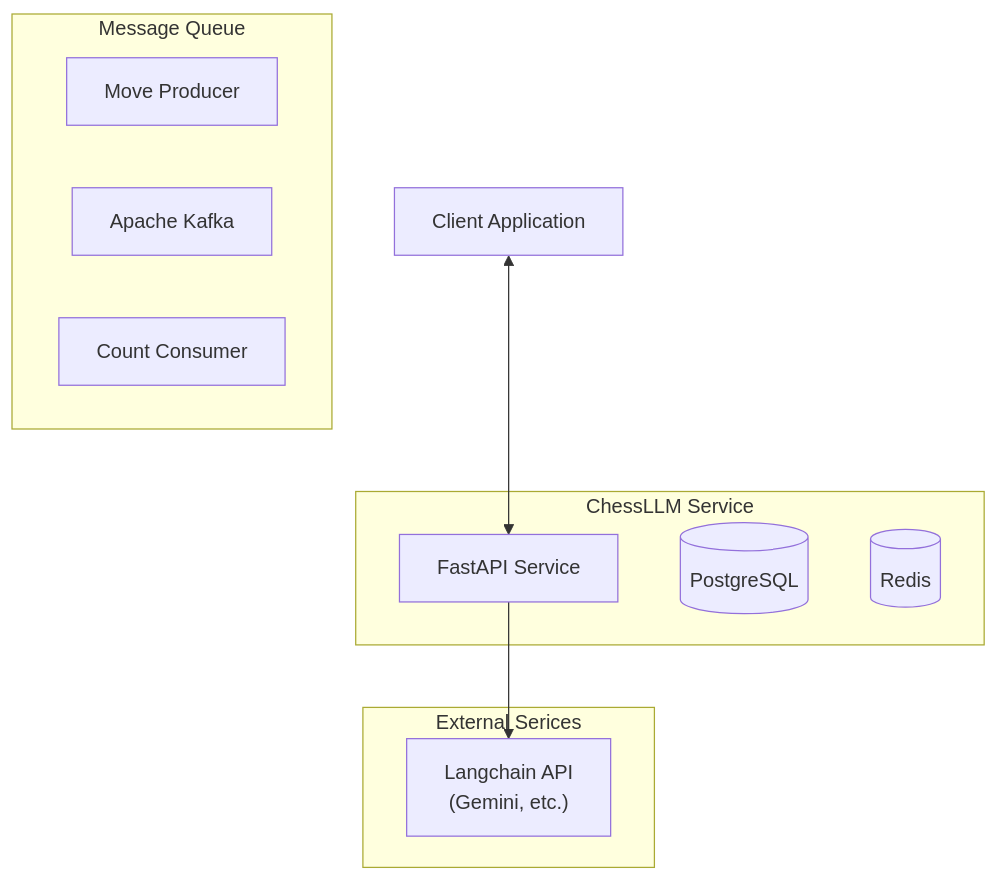
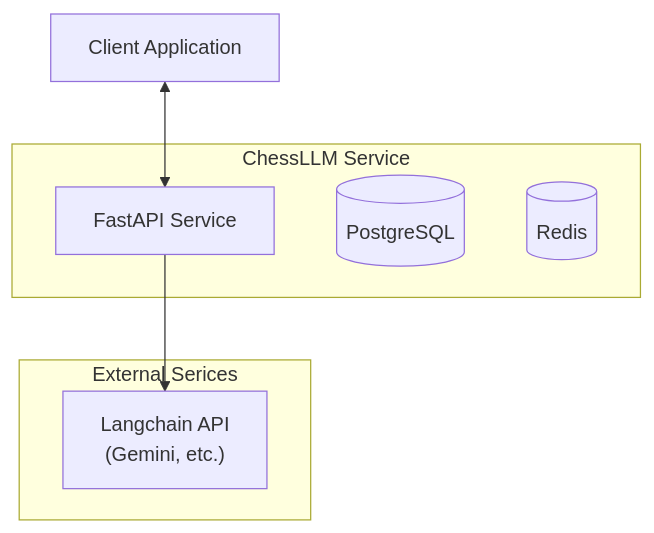
One commit to roddylan/ChessVLM-backend changed the first of 2 diagrams in docs/architecture.md. Above: the diagram before and after it, drawn with Mermaid. The commit also changed other lines of this file, not shown here.

Commit message:
updated diagrams, removed unused features

````diff
--- a/docs/architecture.md
+++ b/docs/architecture.md
@@ -3,24 +3,18 @@
 ```mermaid
 graph TB
     subgraph "ChessLLM Service"
         API["FastAPI Service"]
         db[("PostgreSQL")]
         cache[("Redis")]
     end
 
     subgraph "External Serices"
         LLM["Langchain API </br>(Gemini, etc.)"]
     end
 
-    subgraph "Message Queue"
-        Producer["Move Producer"]
-        Kafka["Apache Kafka"]
-        Consumer["Count Consumer"]
-    end
-
     Client["Client Application"]
 
     Client <--> API
     API --> LLM
 
 ```
````
